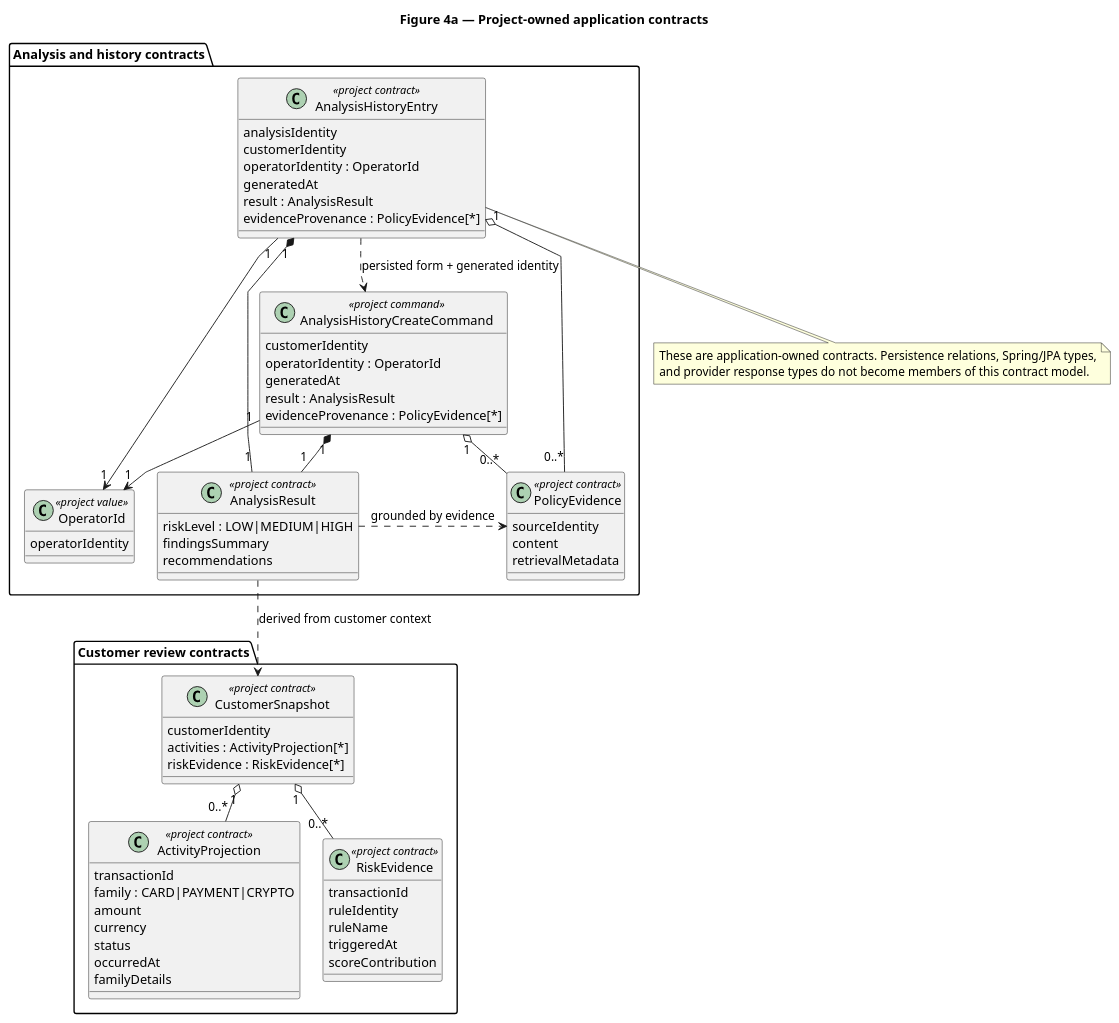
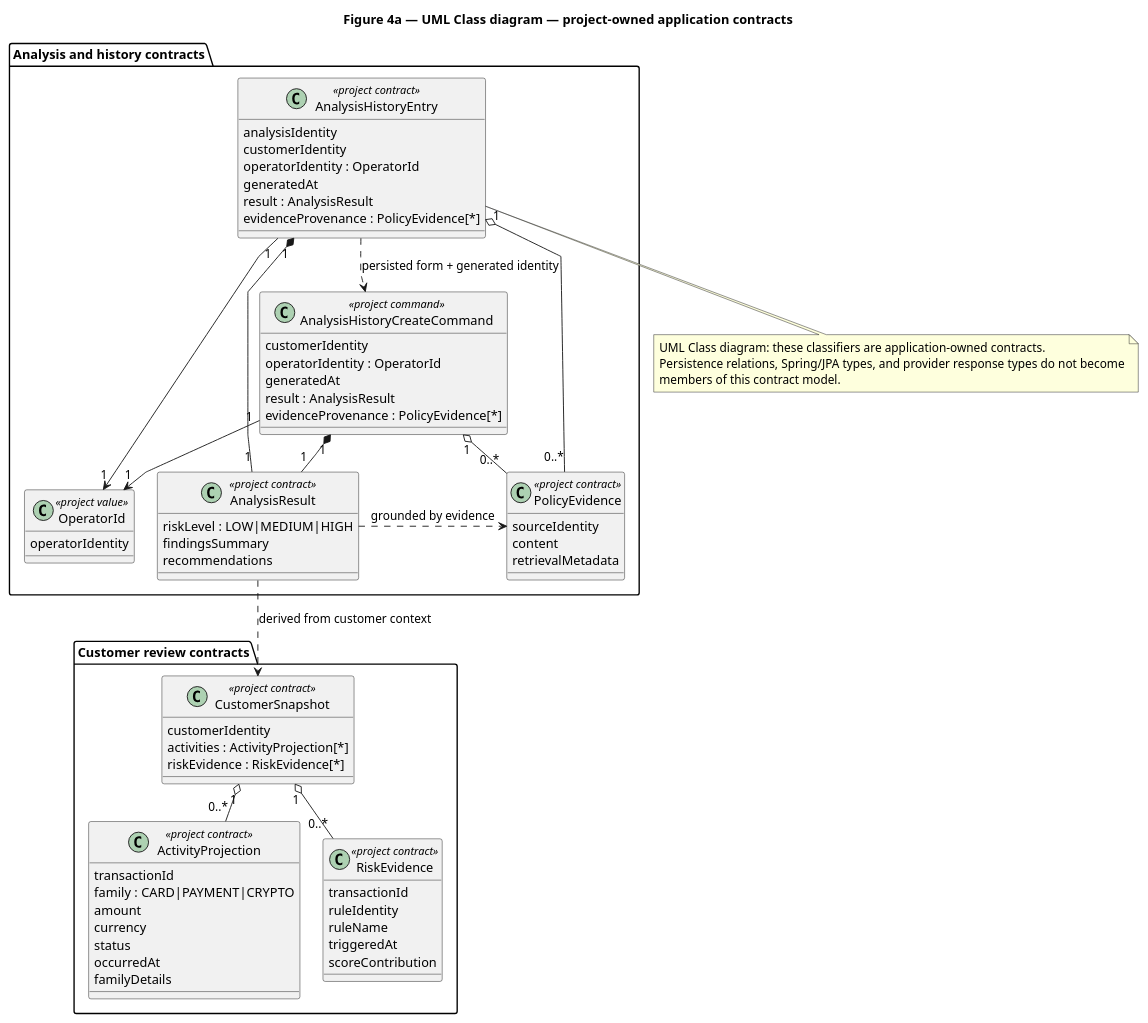
One commit to jdoe-dev-159753/specgraph-reference-app changed the diagram in docs/assignment/SDD/diagrams/domain-contracts.puml. Above: the diagram before and after it, drawn with PlantUML.

Commit message:
docs: identify application contracts as UML class diagram

```diff
--- a/docs/assignment/SDD/diagrams/domain-contracts.puml
+++ b/docs/assignment/SDD/diagrams/domain-contracts.puml
@@ -1,85 +1,86 @@
 @startuml
-title Figure 4a — Project-owned application contracts
+title Figure 4a — UML Class diagram — project-owned application contracts
 top to bottom direction
 skinparam classAttributeIconSize 0
 skinparam linetype polyline
 skinparam nodesep 25
 skinparam ranksep 40
 
 package "Customer review contracts" {
   class CustomerSnapshot <<project contract>> {
     customerIdentity
     activities : ActivityProjection[*]
     riskEvidence : RiskEvidence[*]
   }
   class ActivityProjection <<project contract>> {
     transactionId
     family : CARD|PAYMENT|CRYPTO
     amount
     currency
     status
     occurredAt
     familyDetails
   }
   class RiskEvidence <<project contract>> {
     transactionId
     ruleIdentity
     ruleName
     triggeredAt
     scoreContribution
   }
 
   CustomerSnapshot "1" o-- "0..*" ActivityProjection
   CustomerSnapshot "1" o-- "0..*" RiskEvidence
   ActivityProjection -[hidden]right-> RiskEvidence
 }
 
 package "Analysis and history contracts" {
   class AnalysisResult <<project contract>> {
     riskLevel : LOW|MEDIUM|HIGH
     findingsSummary
     recommendations
   }
   class PolicyEvidence <<project contract>> {
     sourceIdentity
     content
     retrievalMetadata
   }
   class OperatorId <<project value>> {
     operatorIdentity
   }
   class AnalysisHistoryCreateCommand <<project command>> {
     customerIdentity
     operatorIdentity : OperatorId
     generatedAt
     result : AnalysisResult
     evidenceProvenance : PolicyEvidence[*]
   }
   class AnalysisHistoryEntry <<project contract>> {
     analysisIdentity
     customerIdentity
     operatorIdentity : OperatorId
     generatedAt
     result : AnalysisResult
     evidenceProvenance : PolicyEvidence[*]
   }
 
   AnalysisHistoryCreateCommand "1" *-- "1" AnalysisResult
   AnalysisHistoryCreateCommand "1" --> "1" OperatorId
   AnalysisHistoryCreateCommand "1" o-- "0..*" PolicyEvidence
   AnalysisHistoryEntry ..> AnalysisHistoryCreateCommand : persisted form + generated identity
   AnalysisHistoryEntry "1" *-- "1" AnalysisResult
   AnalysisHistoryEntry "1" --> "1" OperatorId
   AnalysisHistoryEntry "1" o-- "0..*" PolicyEvidence
   AnalysisResult ..> CustomerSnapshot : derived from customer context
   AnalysisResult ..> PolicyEvidence : grounded by evidence
 
   AnalysisResult -[hidden]right-> PolicyEvidence
   PolicyEvidence -[hidden]right-> OperatorId
 }
 
 note bottom
-  These are application-owned contracts. Persistence relations, Spring/JPA types,
-  and provider response types do not become members of this contract model.
+  UML Class diagram: these classifiers are application-owned contracts.
+  Persistence relations, Spring/JPA types, and provider response types do not become
+  members of this contract model.
 end note
 @enduml
```
